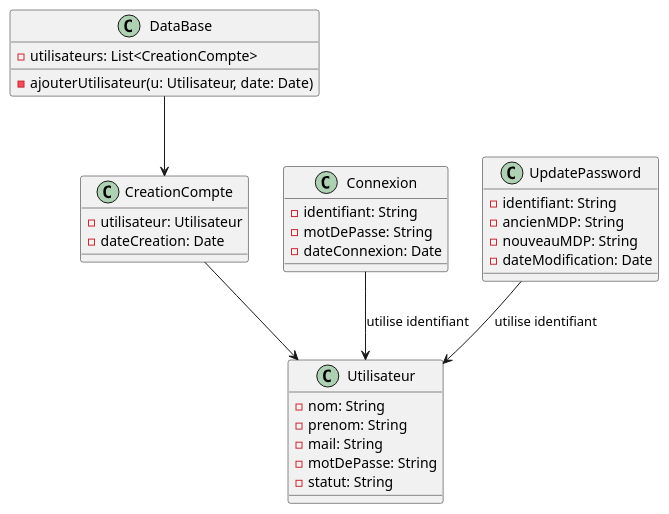
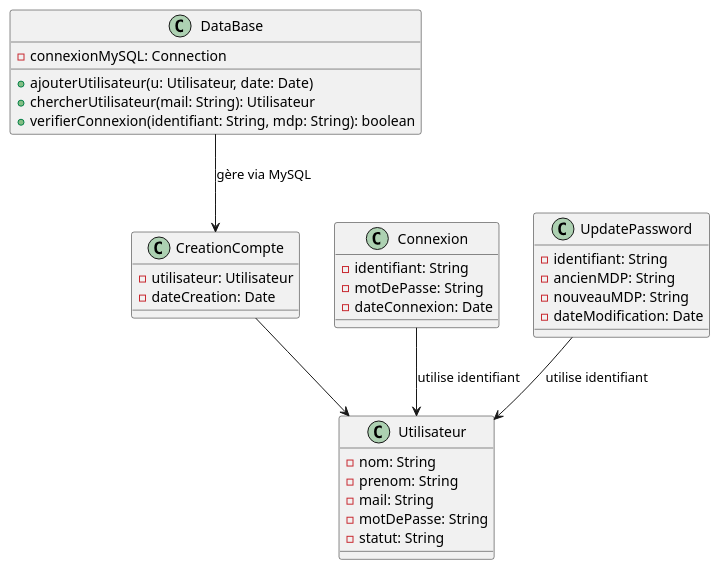
The diagram in organisation.md (Atigou-bah/loginManagement), drawn with PlantUML before and after one commit.

Commit message:
modification  de l'UML

```diff
--- a/organisation.md
+++ b/organisation.md
@@ -3,39 +3,41 @@
 @startuml
 
 class Utilisateur {
   - nom: String
   - prenom: String
   - mail: String
   - motDePasse: String
   - statut: String
 }
 
 class CreationCompte {
   - utilisateur: Utilisateur
   - dateCreation: Date
 }
 
 class Connexion {
   - identifiant: String
   - motDePasse: String
   - dateConnexion: Date
 }
 
 class DataBase {
-  - utilisateurs: List<CreationCompte>
-  - ajouterUtilisateur(u: Utilisateur, date: Date)
+  - connexionMySQL: Connection
+  + ajouterUtilisateur(u: Utilisateur, date: Date)
+  + chercherUtilisateur(mail: String): Utilisateur
+  + verifierConnexion(identifiant: String, mdp: String): boolean
 }
 
 class UpdatePassword {
   - identifiant: String
   - ancienMDP: String
   - nouveauMDP: String
   - dateModification: Date
 }
 
 CreationCompte --> Utilisateur
-DataBase --> CreationCompte
+DataBase --> CreationCompte : gère via MySQL
 Connexion --> Utilisateur : utilise identifiant
 UpdatePassword --> Utilisateur : utilise identifiant
 
 @enduml
```
